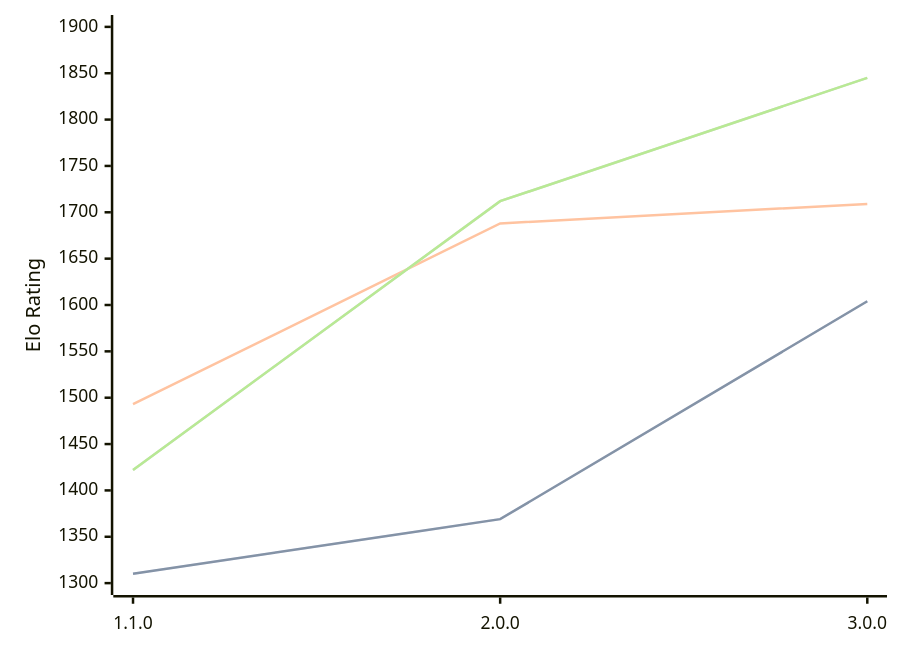
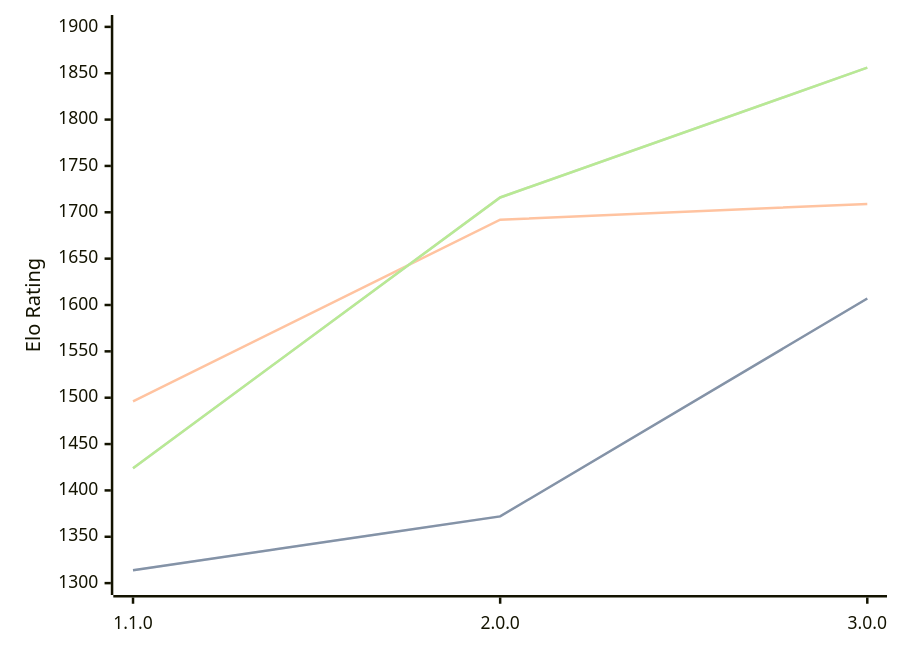
The diagram in engines/Laura.md (computer-chess-index/cci), drawn with Mermaid before and after one commit. The commit also changed other lines of this file, not shown here.

Commit message:
Update CCI Ratings (ELO VLTC) - 2026-05-02

````diff
--- a/engines/Laura.md
+++ b/engines/Laura.md
@@ -34,11 +34,11 @@
 ```mermaid
 %%{init: {"theme":"base","themeVariables":{"seriesColors:['#a3a3a3','#222221','#faa371']}}}%%
 xychart-beta
   x-axis ["1.1.0", "2.0.0", "3.0.0"]
   y-axis "Elo Rating" 1300 --> 1900
-  line "STC (8.0+0.08s)" [1310, 1369, 1604]
-  line "STC (8.0+0.08s)" [1310, 1369, 1604]
-  line "LTC (60.0+0.60s)" [1493, 1688, 1709]
-  line "VLTC (2m24s+1.12s)" [1422, 1712, 1845]
-  line "VLTC (2m24s+1.12s)" [1422, 1712, 1845]
+  line "STC (8.0+0.08s)" [1314, 1372, 1607]
+  line "STC (8.0+0.08s)" [1314, 1372, 1607]
+  line "LTC (60.0+0.60s)" [1496, 1692, 1709]
+  line "VLTC (2m24s+1.12s)" [1424, 1716, 1856]
+  line "VLTC (2m24s+1.12s)" [1424, 1716, 1856]
 ```
````
